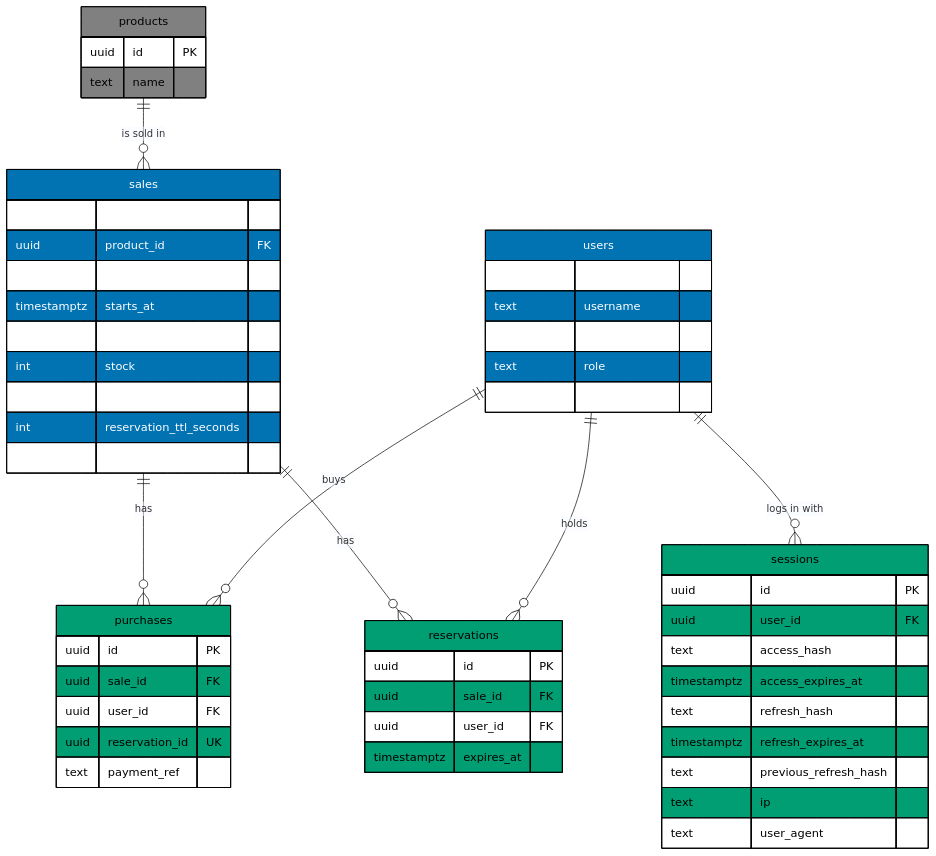
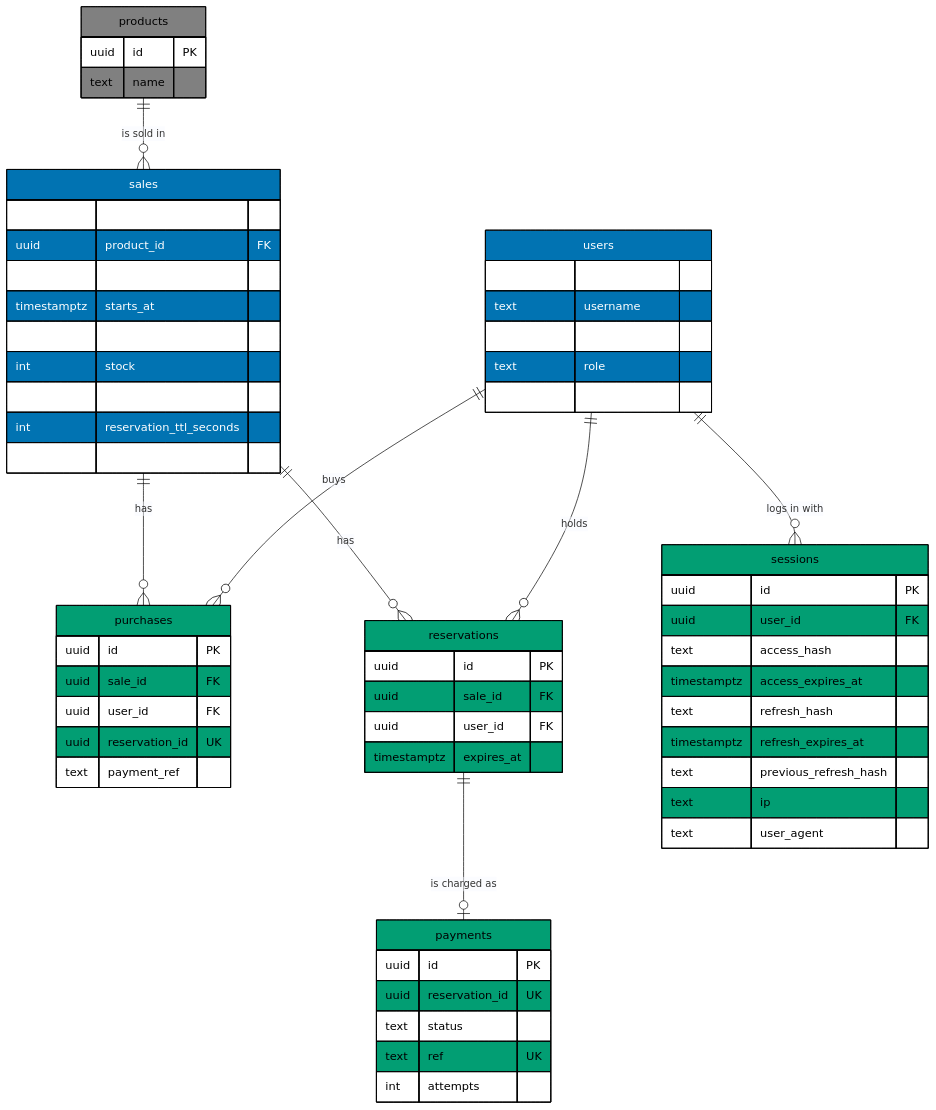
The diagram in specs/apps/flash/c4/data-model.md (wahidyankf/coding-itv-js-flashsale), drawn with Mermaid (base theme) before and after one commit. The commit also changed other lines of this file and 38 other files, not shown here.

First line of the commit message:
feat(flash-be): one migration with indexes, a shared payment ledger, and a row per hold

````diff
--- a/specs/apps/flash/c4/data-model.md
+++ b/specs/apps/flash/c4/data-model.md
@@ -10,62 +9,70 @@
 ```mermaid
 erDiagram
   accTitle: Flash sale tables
-  accDescr: A product has many sales. A sale has many purchases and many reservations. A purchase is one confirmed item bought by one user. A reservation is one hold with an expiry, held by one user. A user has many sessions, one for each login. Every table also points to users from its created_by, updated_by and deleted_by columns, which the diagram leaves out. Within one sale, a user has at most one live purchase and at most one live reservation.
+  accDescr: A product has many sales. A sale has many purchases and many reservations. A purchase is one confirmed item bought by one user. A reservation is one hold with an expiry, held by one user. A user has many sessions, one for each login. The payments table is the mock payment provider's ledger, one row per reservation id. Every table also points to users from its created_by, updated_by and deleted_by columns, which the diagram leaves out. Within one sale, a user has at most one live purchase and at most one live reservation.
   products ||--o{ sales : "is sold in"
   sales ||--o{ purchases : "has"
   sales ||--o{ reservations : "has"
   users ||--o{ purchases : "buys"
   users ||--o{ reservations : "holds"
   users ||--o{ sessions : "logs in with"
+  reservations ||--o| payments : "is charged as"
   products {
     uuid id PK
     text name
   }
   sales {
     uuid id PK
     uuid product_id FK
     text name
     timestamptz starts_at
     timestamptz ends_at
     int stock
     int sold
     int reservation_ttl_seconds
     int admit_per_second
   }
   purchases {
     uuid id PK
     uuid sale_id FK
     uuid user_id FK
     uuid reservation_id UK
     text payment_ref
   }
   reservations {
     uuid id PK
     uuid sale_id FK
     uuid user_id FK
     timestamptz expires_at
   }
   users {
     uuid id PK
     text username
     text password_hash
     text role
     timestamptz last_login_at
   }
+  payments {
+    uuid id PK
+    uuid reservation_id UK
+    text status
+    text ref UK
+    int attempts
+  }
   sessions {
     uuid id PK
     uuid user_id FK
     text access_hash
     timestamptz access_expires_at
     text refresh_hash
     timestamptz refresh_expires_at
     text previous_refresh_hash
     text ip
     text user_agent
   }
   classDef parent fill:#0173B2,stroke:#000000,color:#FFFFFF
   classDef child fill:#029E73,stroke:#000000,color:#000000
   classDef default fill:#808080,stroke:#000000,color:#000000
   class sales,users parent
-  class purchases,reservations,sessions child
+  class purchases,reservations,sessions,payments child
 ```
````
